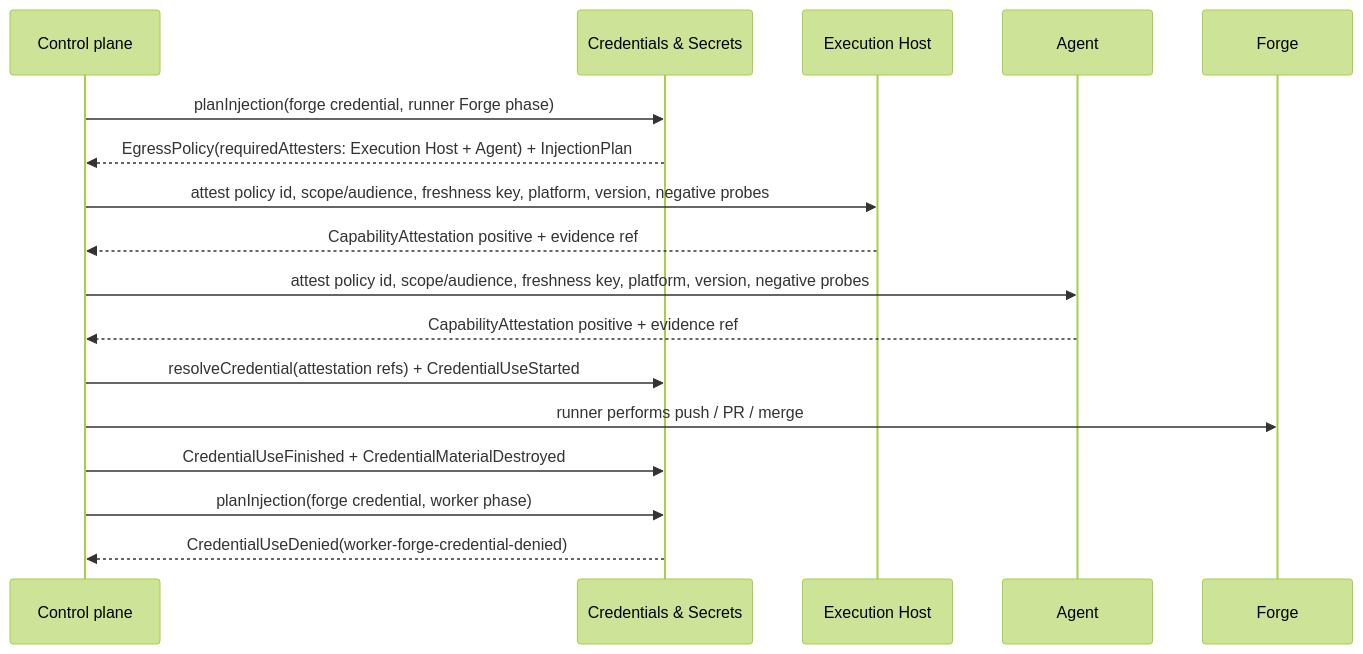
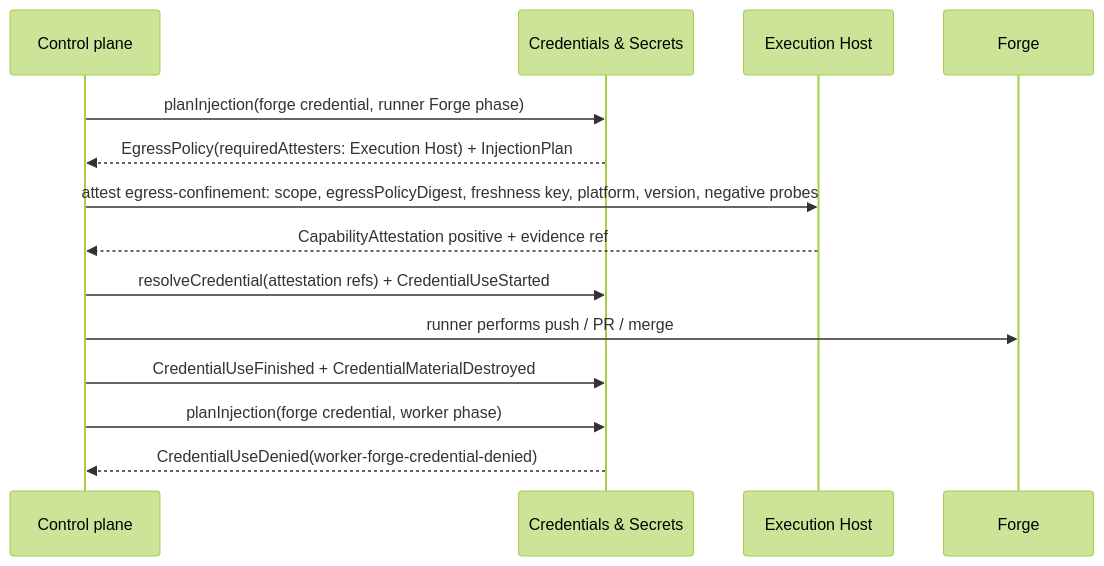
The second of 2 diagrams in docs/design/domains/fnd-04-credentials-and-secrets/design.md (aryeko/agentic-workflow-kit), drawn with Mermaid (forest theme) before and after one commit. The commit also changed other lines of this file and 3 other files, not shown here.

Commit message:
fix: scope egress-confinement attestation to the Execution Host seam

````diff
--- a/docs/design/domains/fnd-04-credentials-and-secrets/design.md
+++ b/docs/design/domains/fnd-04-credentials-and-secrets/design.md
@@ -98,19 +106,16 @@
 ```mermaid
 sequenceDiagram
   participant CP as Control plane
   participant C as Credentials & Secrets
   participant EH as Execution Host
-  participant AG as Agent
   participant FG as Forge
   CP->>C: planInjection(forge credential, runner Forge phase)
-  C-->>CP: EgressPolicy(requiredAttesters: Execution Host + Agent) + InjectionPlan
-  CP->>EH: attest policy id, scope/audience, freshness key, platform, version, negative probes
+  C-->>CP: EgressPolicy(requiredAttesters: Execution Host) + InjectionPlan
+  CP->>EH: attest egress-confinement: scope, egressPolicyDigest, freshness key, platform, version, negative probes
   EH-->>CP: CapabilityAttestation positive + evidence ref
-  CP->>AG: attest policy id, scope/audience, freshness key, platform, version, negative probes
-  AG-->>CP: CapabilityAttestation positive + evidence ref
   CP->>C: resolveCredential(attestation refs) + CredentialUseStarted
   CP->>FG: runner performs push / PR / merge
   CP->>C: CredentialUseFinished + CredentialMaterialDestroyed
   CP->>C: planInjection(forge credential, worker phase)
   C-->>CP: CredentialUseDenied(worker-forge-credential-denied)
 ```
````
